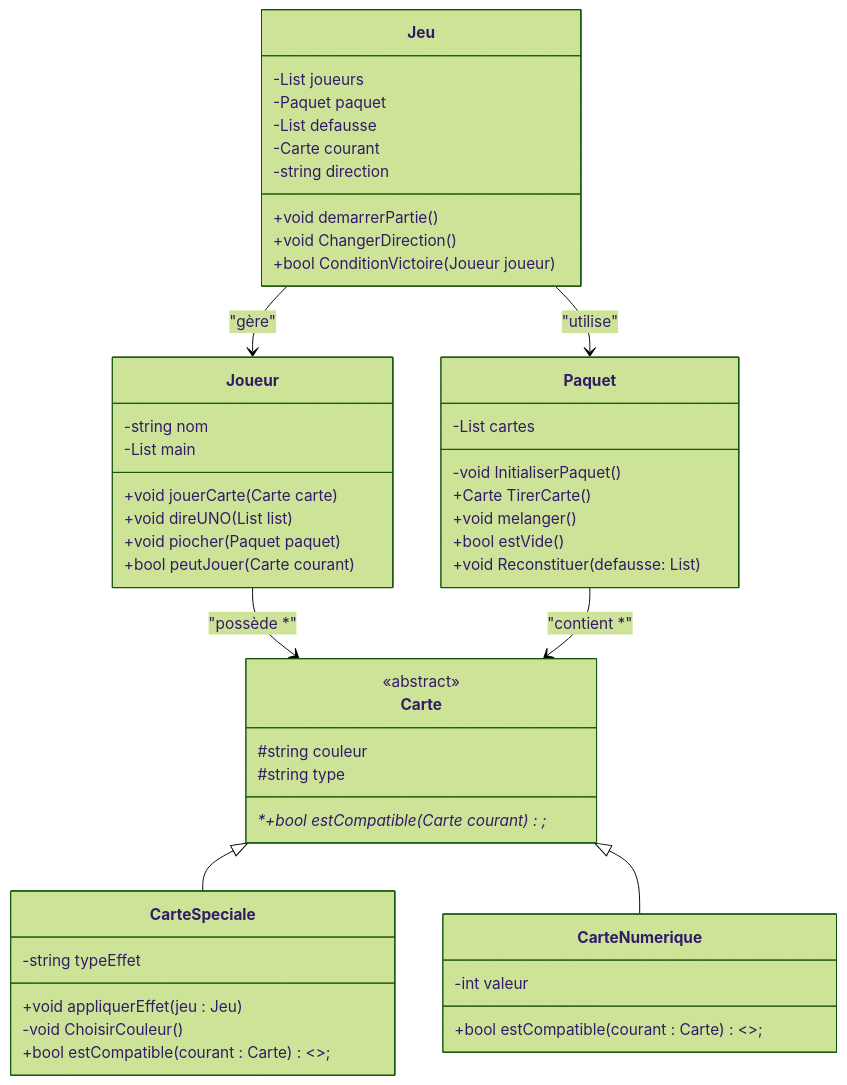
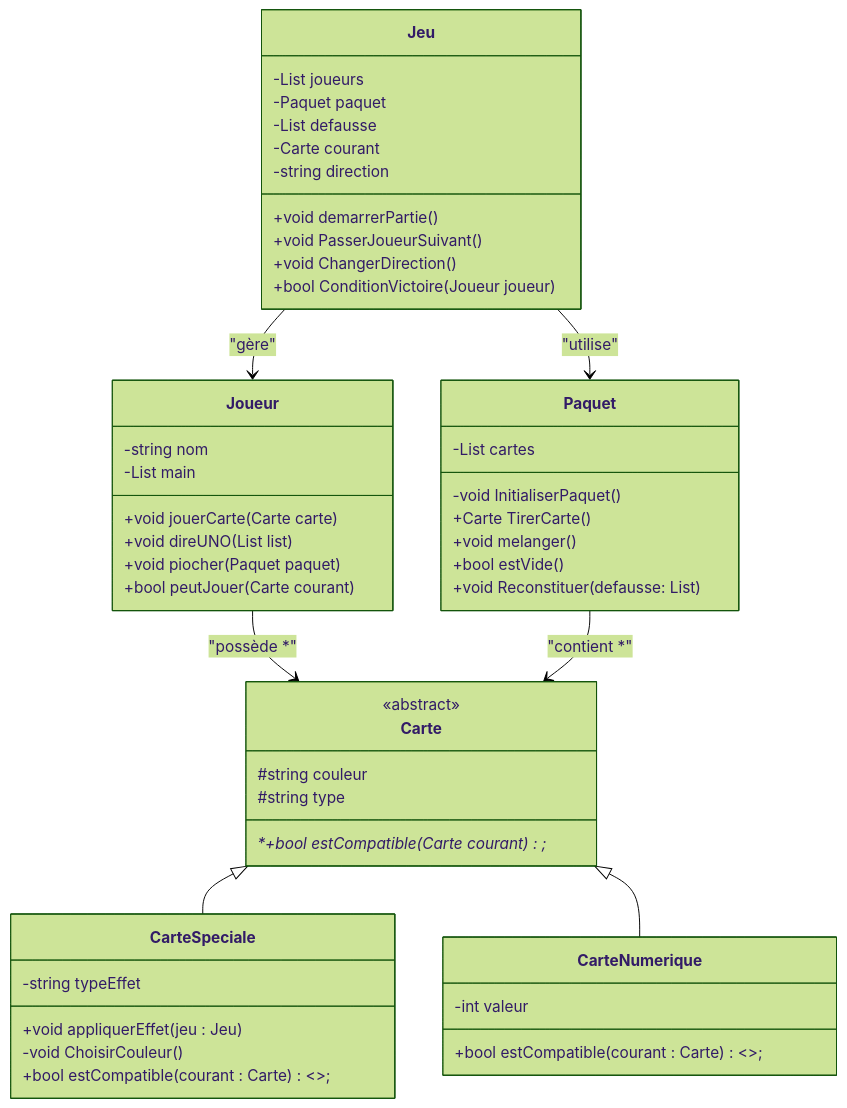
Before and after one commit to Lil-Code30/uno-game: the diagram in README.md, drawn with Mermaid (forest theme). The commit also changed 1 other file, not shown here.

Commit message:
Add PasserJoueurSuivant method to Jeu class
Introduced the PasserJoueurSuivant method in the Jeu class to advance the turn to the next player. Updated README to reflect the new method in the class diagram.

````diff
--- a/README.md
+++ b/README.md
@@ -26,63 +26,64 @@
 ```mermaid
 classDiagram
     class Jeu {
         -List<Joueur> joueurs
         -Paquet paquet
         -List<Carte> defausse
         -Carte courant
         -string direction
 
         +void demarrerPartie() 
+        +void PasserJoueurSuivant()
         +void ChangerDirection()
         +bool ConditionVictoire(Joueur joueur )
     }
 
     class Joueur {
         -string nom 
         -List<Carte> main 
 
         +void jouerCarte(Carte carte) 
         +void direUNO(List<Carte> list)
         +void piocher(Paquet paquet) 
         +bool peutJouer(Carte courant) 
     }
 
     class Paquet {
         -List<Carte> cartes
 
         -void InitialiserPaquet()
         +Carte TirerCarte()
         +void melanger()
         +bool estVide()
         +void Reconstituer(defausse: List<Carte>)
     }
 
     class Carte {
         <<abstract>>
         #string couleur 
         #string type 
 
         *+bool estCompatible(Carte courant )*;
     }
 
     class CarteSpeciale {
         -string typeEffet
 
         +void appliquerEffet(jeu : Jeu)
         -void ChoisirCouleur()
         +bool estCompatible(courant : Carte) <<override>>;
     }
 
     class CarteNumerique {
         -int valeur
 
         +bool estCompatible(courant : Carte) <<override>>;
     }
 
     Jeu --> Joueur : "gère"
     Jeu --> Paquet : "utilise"
     Joueur --> Carte : "possède *"
     Paquet --> Carte : "contient *"
     Carte <|-- CarteSpeciale
     Carte <|-- CarteNumerique
 ```
````
